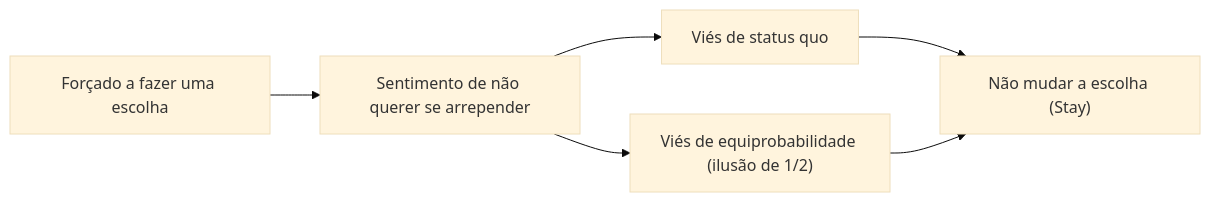
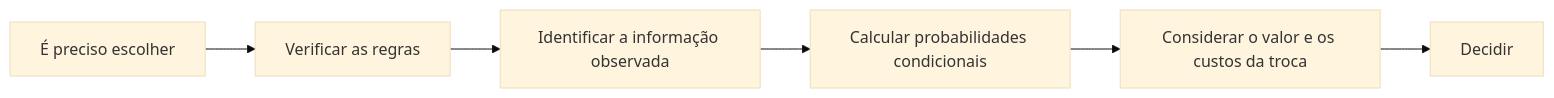
Before and after one commit to kenjinote/blog: the second of 2 diagrams in content/post/paradox-monty-hall-problem/index.pt.md, drawn with Mermaid (base theme). The commit also changed other lines of this file and 8 other files, not shown here.

````diff
--- a/content/post/paradox-monty-hall-problem/index.pt.md
+++ b/content/post/paradox-monty-hall-problem/index.pt.md
@@ -187,8 +164,8 @@
 ```mermaid
 flowchart LR
-    Situation["Forçado a fazer uma escolha"] --> Feeling["Sentimento de não querer se arrepender"]
-    Feeling --> Bias1["Viés de status quo"]
-    Feeling --> Bias2["Viés de equiprobabilidade (ilusão de 1/2)"]
-    Bias1 --> Conclusion["Não mudar a escolha (Stay)"]
-    Bias2 --> Conclusion
+    Situation["É preciso escolher"] --> Rules["Verificar as regras"]
+    Rules --> Observation["Identificar a informação observada"]
+    Observation --> Posterior["Calcular probabilidades condicionais"]
+    Posterior --> Utility["Considerar o valor e os custos da troca"]
+    Utility --> Decision["Decidir"]
 ```
````
